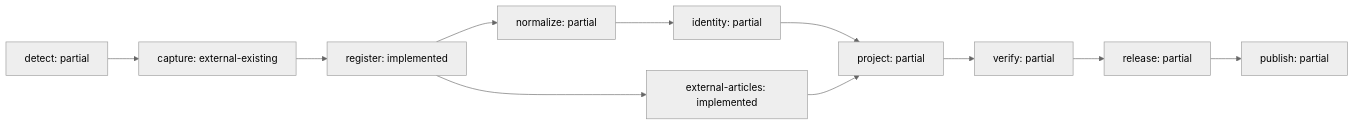
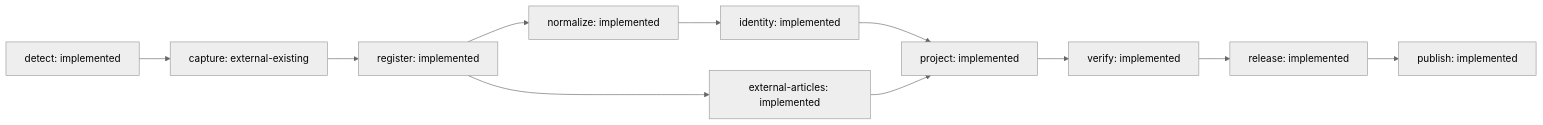
Before and after one commit to rk-gamemods/HumanHostWiki: the second of 2 diagrams in docs/REPOSITORIES.md, drawn with Mermaid (neutral theme). The commit also changed other lines of this file and 14 other files, not shown here.

````diff
--- a/docs/REPOSITORIES.md
+++ b/docs/REPOSITORIES.md
@@ -77,23 +77,23 @@
 ```mermaid
 flowchart LR
-  detect["detect: partial"]
+  detect["detect: implemented"]
   capture["capture: external-existing"]
   detect --> capture
   register["register: implemented"]
   capture --> register
   external-articles["external-articles: implemented"]
   register --> external-articles
-  normalize["normalize: partial"]
+  normalize["normalize: implemented"]
   register --> normalize
-  identity["identity: partial"]
+  identity["identity: implemented"]
   normalize --> identity
-  project["project: partial"]
+  project["project: implemented"]
   identity --> project
   external-articles --> project
-  verify["verify: partial"]
+  verify["verify: implemented"]
   project --> verify
-  release["release: partial"]
+  release["release: implemented"]
   verify --> release
-  publish["publish: partial"]
+  publish["publish: implemented"]
   release --> publish
 ```
````
